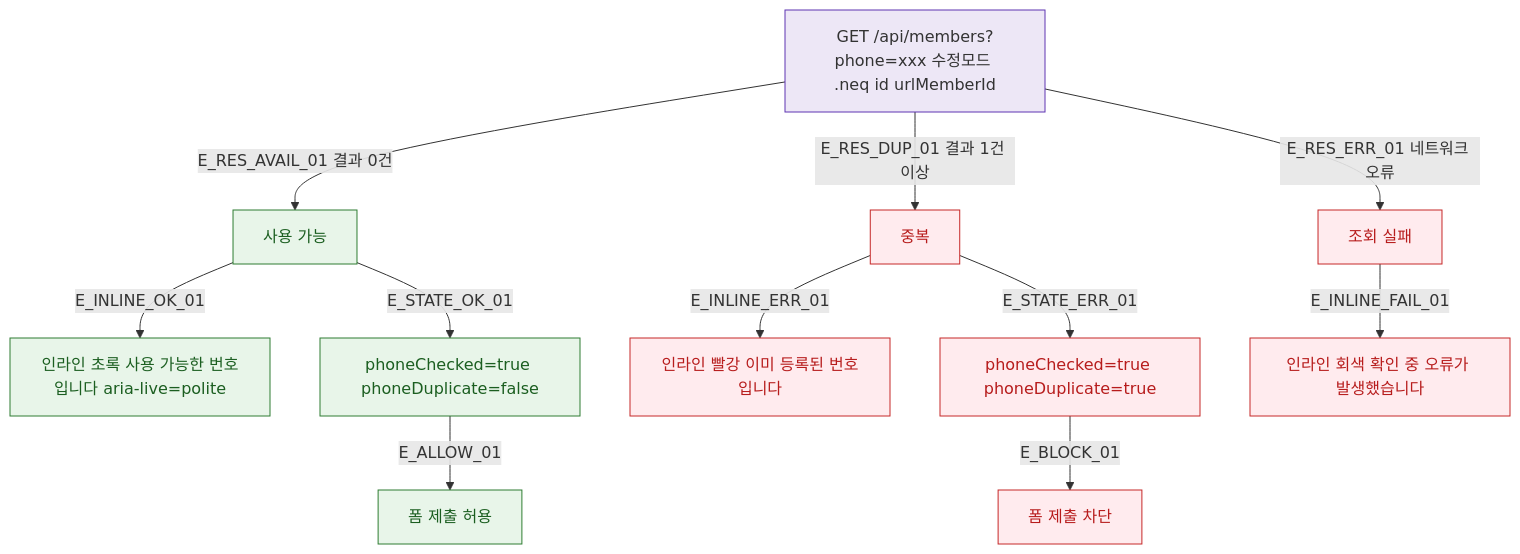
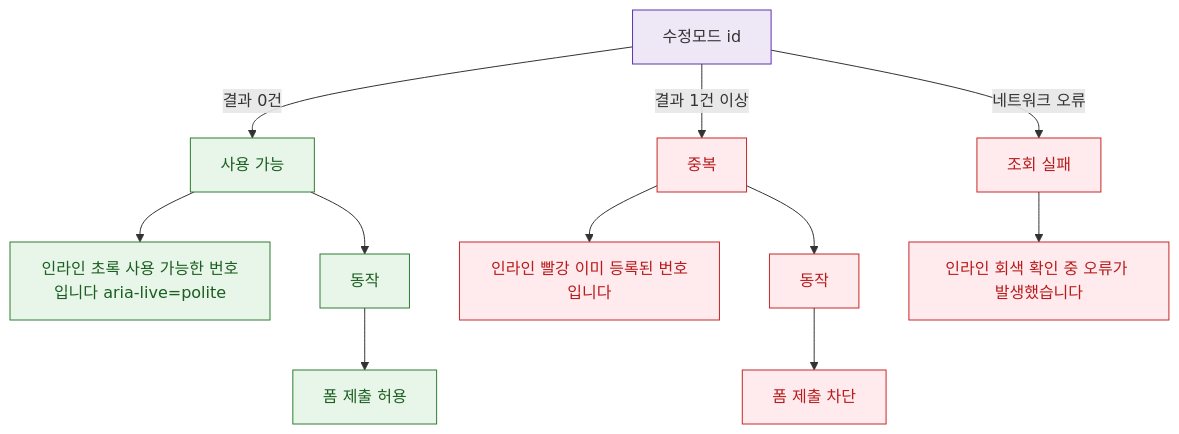
The diagram in docs/다이어그램/D02_회원관리/DLG/DLG-M006_전화번호중복/M3_결과분기.md (dev-spogym/admin-pando), drawn with Mermaid before and after one commit. The commit also changed other lines of this file and 1660 other files, not shown here.

First line of the commit message:
다이어그램: 기획자/클라이언트 납품본으로 정리

````diff
--- a/docs/다이어그램/D02_회원관리/DLG/DLG-M006_전화번호중복/M3_결과분기.md
+++ b/docs/다이어그램/D02_회원관리/DLG/DLG-M006_전화번호중복/M3_결과분기.md
@@ -22,27 +20,27 @@
 ```mermaid
 flowchart TD
-  API[GET /api/members?phone=xxx 수정모드 .neq id urlMemberId]
+  API[수정모드 id]
 
-  API -->|E_RES_AVAIL_01 결과 0건| AVAIL[사용 가능]
-  API -->|E_RES_DUP_01 결과 1건 이상| DUP[중복]
-  API -->|E_RES_ERR_01 네트워크 오류| ERR[조회 실패]
+  API -->|결과 0건|AVAIL[사용 가능]
+  API -->|결과 1건 이상|DUP[중복]
+  API -->|네트워크 오류|ERR[조회 실패]
 
-  AVAIL -->|E_INLINE_OK_01| INLINE_OK[인라인 초록 사용 가능한 번호입니다 aria-live=polite]
-  AVAIL -->|E_STATE_OK_01| STATE[phoneChecked=true phoneDuplicate=false]
+  AVAIL --> INLINE_OK[인라인 초록 사용 가능한 번호입니다 aria-live=polite]
+  AVAIL --> STATE[동작]
 
-  DUP -->|E_INLINE_ERR_01| INLINE_ERR[인라인 빨강 이미 등록된 번호입니다]
-  DUP -->|E_STATE_ERR_01| STATE_DUP[phoneChecked=true phoneDuplicate=true]
+  DUP --> INLINE_ERR[인라인 빨강 이미 등록된 번호입니다]
+  DUP --> STATE_DUP[동작]
 
-  ERR -->|E_INLINE_FAIL_01| INLINE_FAIL[인라인 회색 확인 중 오류가 발생했습니다]
+  ERR --> INLINE_FAIL[인라인 회색 확인 중 오류가 발생했습니다]
 
-  STATE     -->|E_ALLOW_01| ALLOW[폼 제출 허용]
-  STATE_DUP -->|E_BLOCK_01| BLOCK[폼 제출 차단]
+  STATE --> ALLOW[폼 제출 허용]
+  STATE_DUP --> BLOCK[폼 제출 차단]
 
   classDef success fill:#E8F5E9,stroke:#2E7D32,color:#1B5E20
-  classDef error   fill:#FFEBEE,stroke:#C62828,color:#B71C1C
-  classDef system  fill:#EDE7F6,stroke:#5E35B2
+  classDef error fill:#FFEBEE,stroke:#C62828,color:#B71C1C
+  classDef system fill:#EDE7F6,stroke:#5E35B2
 
   class AVAIL,INLINE_OK,STATE,ALLOW success
   class DUP,INLINE_ERR,STATE_DUP,BLOCK,ERR,INLINE_FAIL error
   class API system
 ```
````
